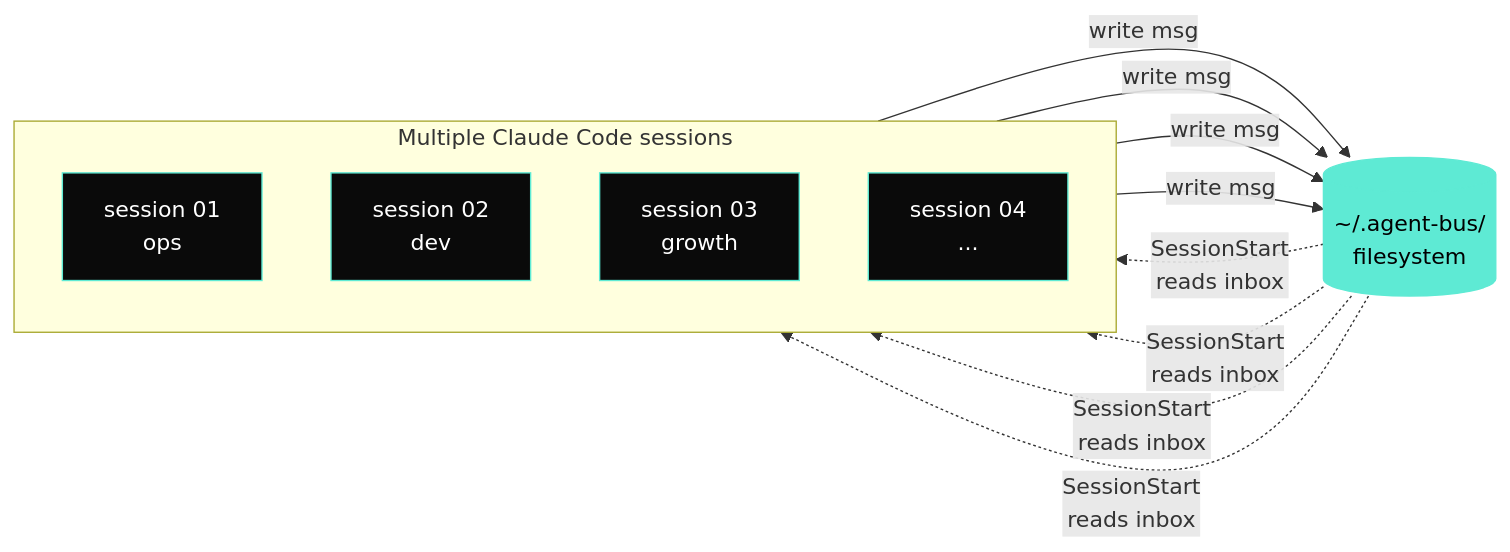
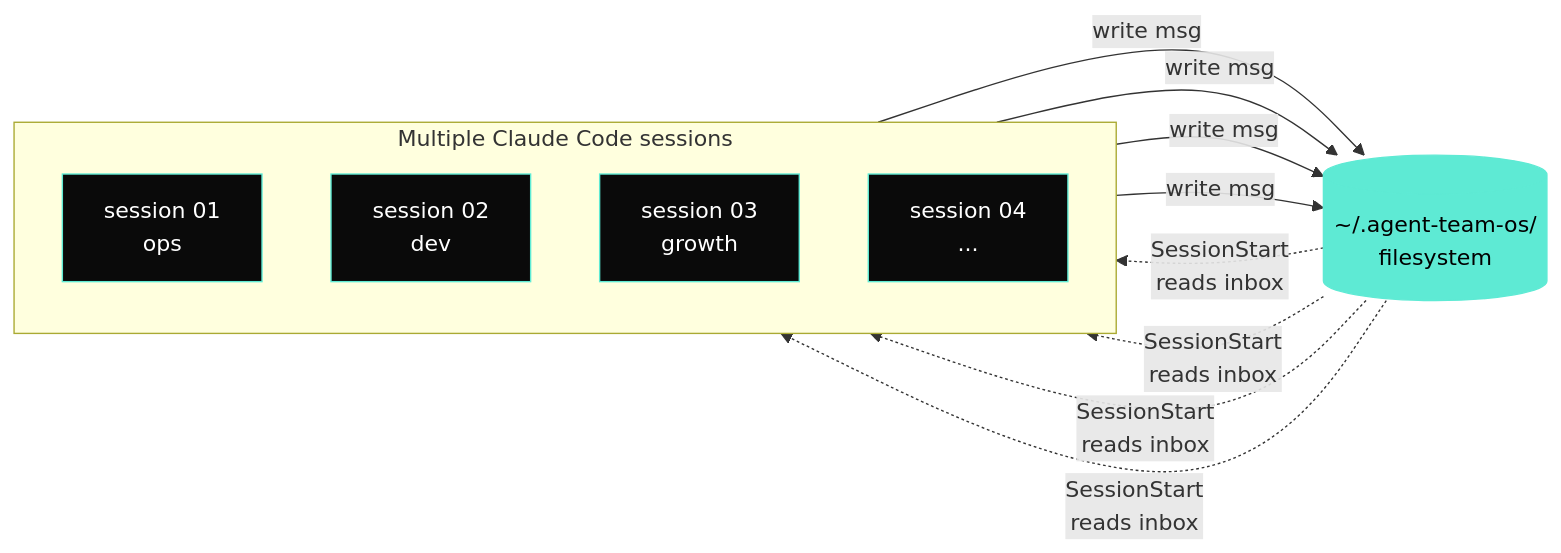
Before and after one commit to mariomosca/agent-team-os: the first of 3 diagrams in README.md, drawn with Mermaid. The commit also changed other lines of this file and 16 other files, not shown here.

First line of the commit message:
feat!: rename plugin agent-bus → agent-team-os

````diff
--- a/README.md
+++ b/README.md
@@ -46,27 +46,27 @@
 ```mermaid
 flowchart LR
     subgraph S["Multiple Claude Code sessions"]
         direction TB
         A[session 01<br/>ops]
         B[session 02<br/>dev]
         C[session 03<br/>growth]
         D[session 04<br/>...]
     end
 
-    FS[("~/.agent-bus/<br/>filesystem")]
+    FS[("~/.agent-team-os/<br/>filesystem")]
 
     A -- write msg --> FS
     B -- write msg --> FS
     C -- write msg --> FS
     D -- write msg --> FS
 
     FS -. SessionStart<br/>reads inbox .-> A
     FS -. SessionStart<br/>reads inbox .-> B
     FS -. SessionStart<br/>reads inbox .-> C
     FS -. SessionStart<br/>reads inbox .-> D
 
     classDef session fill:#0a0a0a,stroke:#5eead4,color:#fff
     classDef hub fill:#5eead4,stroke:#5eead4,color:#000
     class A,B,C,D session
     class FS hub
 ```
````
